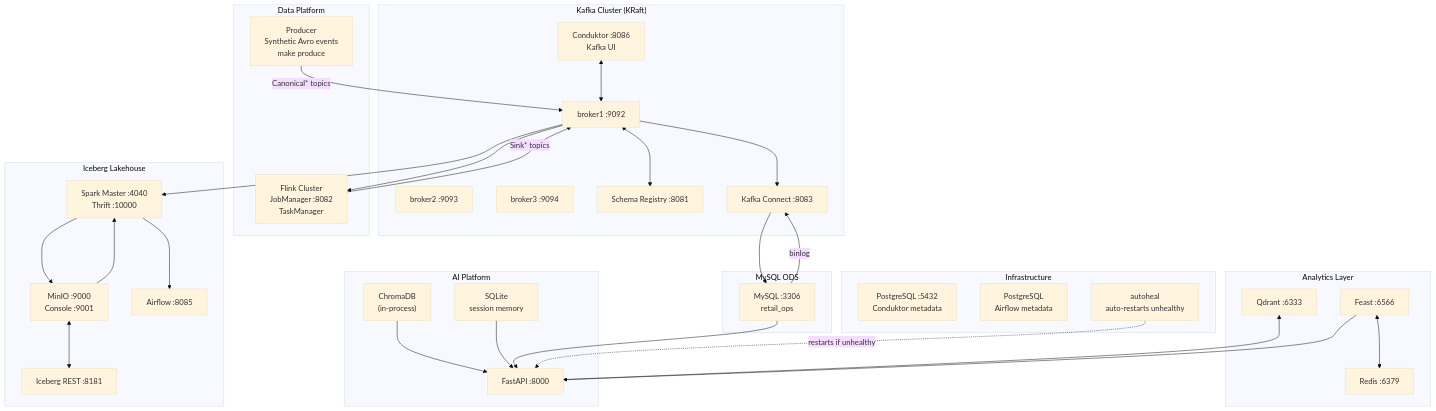
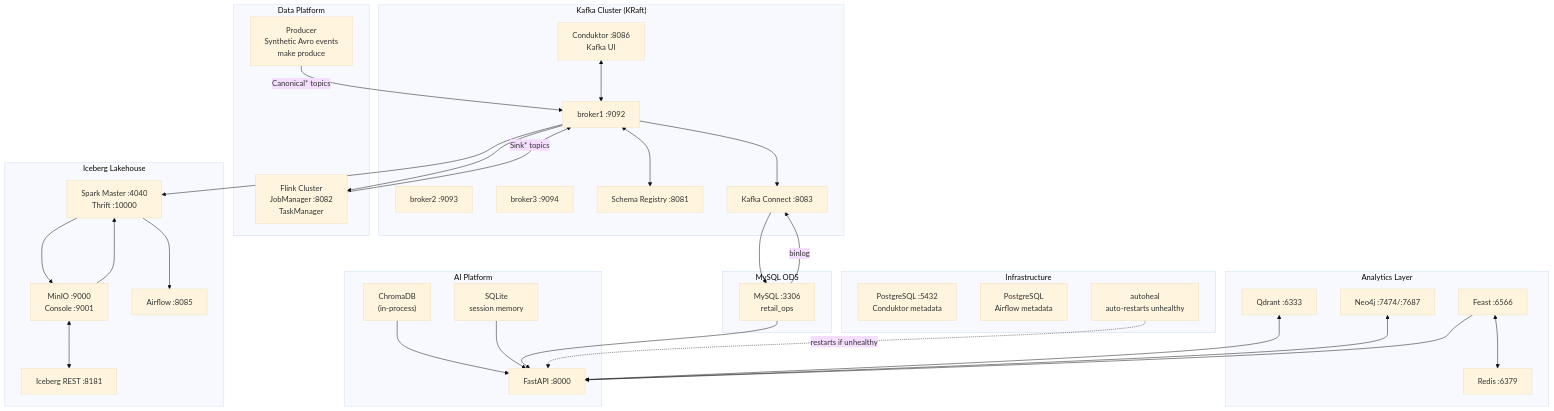
One commit to wchen-dea/Agentic-Operational-Intelligence-Platform changed the diagram in docs/architecture-local.md. Above: the diagram before and after it, drawn with Mermaid (base theme). The commit also changed other lines of this file and 231 other files, not shown here.

````diff
--- a/docs/architecture-local.md
+++ b/docs/architecture-local.md
@@ -7,62 +7,64 @@
 ```mermaid
 graph TB
     subgraph Kafka["Kafka Cluster (KRaft)"]
         B1["broker1 :9092"]
         B2["broker2 :9093"]
         B3["broker3 :9094"]
         SR["Schema Registry :8081"]
         KC["Kafka Connect :8083"]
         CDK["Conduktor :8086\nKafka UI"]
     end
 
     subgraph DataPlatform["Data Platform"]
         PROD["Producer\nSynthetic Avro events\nmake produce"]
         FLINK["Flink Cluster\nJobManager :8082\nTaskManager"]
     end
 
     subgraph ODS["MySQL ODS"]
         MYSQL["MySQL :3306\nretail_ops"]
     end
 
     subgraph Lakehouse["Iceberg Lakehouse"]
         MINIO["MinIO :9000\nConsole :9001"]
         ICE["Iceberg REST :8181"]
         SPARK["Spark Master :4040\nThrift :10000"]
         AIR["Airflow :8085"]
     end
 
     subgraph Analytics["Analytics Layer"]
         QDRANT["Qdrant :6333"]
         FEAST["Feast :6566"]
+        NEO4J["Neo4j :7474/:7687"]
         REDIS["Redis :6379"]
     end
 
     subgraph AI["AI Platform"]
         APP["FastAPI :8000"]
         CHROMA["ChromaDB\n(in-process)"]
         SQLITE["SQLite\nsession memory"]
     end
 
     subgraph Support["Infrastructure"]
         PG_CDK["PostgreSQL :5432\nConduktor metadata"]
         PG_AIR["PostgreSQL\nAirflow metadata"]
         AUTOHEAL["autoheal\nauto-restarts unhealthy"]
     end
 
     PROD -->|"Canonical* topics"| B1
     B1 <--> SR
     B1 --> FLINK -->|"Sink* topics"| B1
     B1 --> KC --> MYSQL
     MYSQL -->|"binlog"| KC
     B1 --> SPARK --> MINIO <--> ICE
     SPARK --> AIR
     MINIO --> SPARK
     QDRANT <--> APP
+    NEO4J <--> APP
     FEAST <--> REDIS
     FEAST --> APP
     CHROMA --> APP
     SQLITE --> APP
     MYSQL --> APP
     CDK <--> B1
     AUTOHEAL -.->|"restarts if unhealthy"| APP
 ```
````
